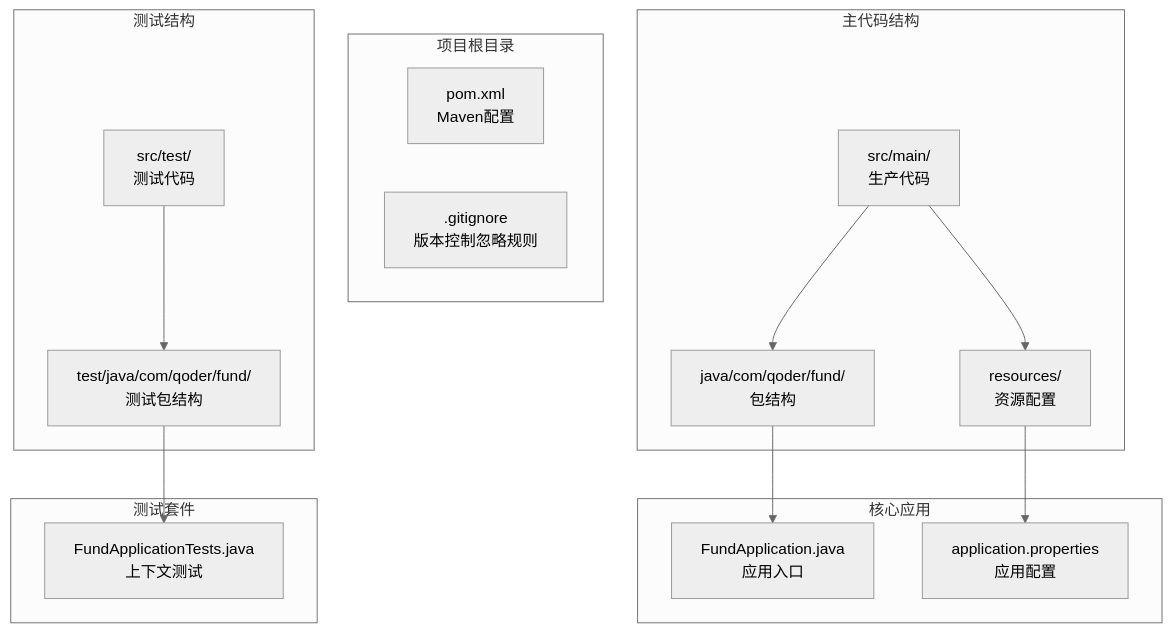
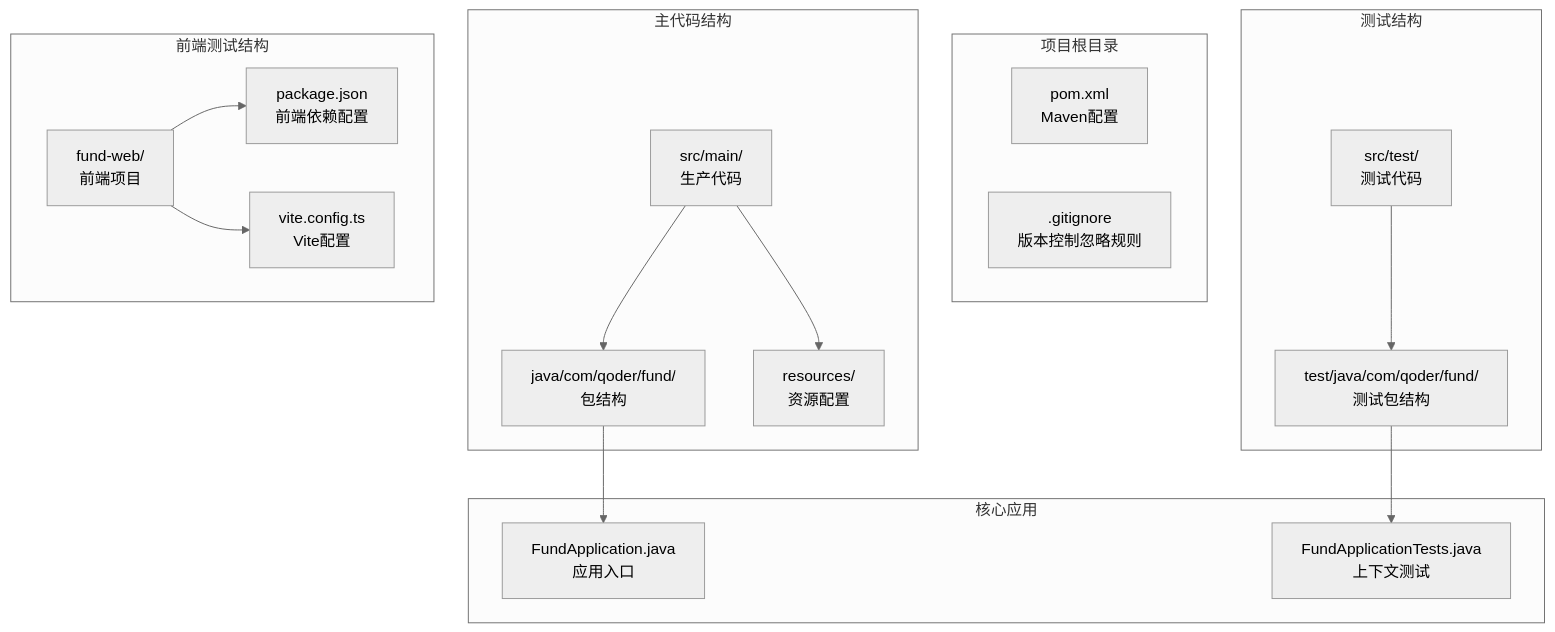
Before and after one commit to gree-coder/fund-butler: the first of 18 diagrams in .qoder/repowiki/zh/content/核心功能开发/测试策略.md, drawn with Mermaid (neutral theme). The commit also changed other lines of this file and 10 other files, not shown here.

````diff
--- a/.qoder/repowiki/zh/content/核心功能开发/测试策略.md
+++ b/.qoder/repowiki/zh/content/核心功能开发/测试策略.md
@@ -37,29 +41,32 @@
 ```mermaid
 graph TB
 subgraph "项目根目录"
 POM[pom.xml<br/>Maven配置]
 GIT[.gitignore<br/>版本控制忽略规则]
 end
 subgraph "主代码结构"
 MAIN[src/main/<br/>生产代码]
 JAVA[java/com/qoder/fund/<br/>包结构]
 RESOURCES[resources/<br/>资源配置]
 end
 subgraph "测试结构"
 TEST[src/test/<br/>测试代码]
 TEST_JAVA[test/java/com/qoder/fund/<br/>测试包结构]
 end
+subgraph "前端测试结构"
+WEB[fund-web/<br/>前端项目]
+WEB_PACKAGE[package.json<br/>前端依赖配置]
+WEB_VITE[vite.config.ts<br/>Vite配置]
+end
 subgraph "核心应用"
 APP[FundApplication.java<br/>应用入口]
-CONFIG[application.properties<br/>应用配置]
-end
-subgraph "测试套件"
-CTX_TEST[FundApplicationTests.java<br/>上下文测试]
+TEST_APP[FundApplicationTests.java<br/>上下文测试]
 end
 MAIN --> JAVA
 MAIN --> RESOURCES
 TEST --> TEST_JAVA
 JAVA --> APP
-RESOURCES --> CONFIG
-TEST_JAVA --> CTX_TEST
+TEST_JAVA --> TEST_APP
+WEB --> WEB_PACKAGE
+WEB --> WEB_VITE
 ```
````
